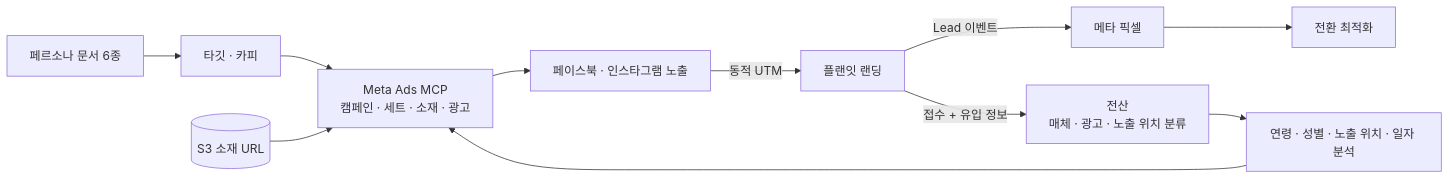
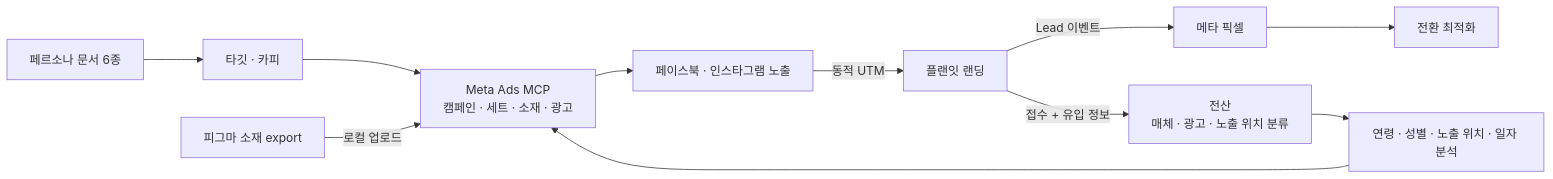
One commit to limHyeonTaek/portfolio changed the diagram in projects/meta-ads.md. Above: the diagram before and after it, drawn with Mermaid. The commit also changed other lines of this file and 4 other files, not shown here.

````diff
--- a/projects/meta-ads.md
+++ b/projects/meta-ads.md
@@ -34,12 +34,12 @@
 ```mermaid
 flowchart LR
   PS[페르소나 문서 6종] --> CP[타깃 · 카피]
   CP --> MCP[Meta Ads MCP<br/>캠페인 · 세트 · 소재 · 광고]
-  S3[(S3 소재 URL)] --> MCP
+  FG[피그마 소재 export] -- 로컬 업로드 --> MCP
   MCP --> AD[페이스북 · 인스타그램 노출]
   AD -- 동적 UTM --> LP[플랜잇 랜딩]
   LP -- Lead 이벤트 --> PX[메타 픽셀] --> OPT[전환 최적화]
   LP -- 접수 + 유입 정보 --> CRM[전산<br/>매체 · 광고 · 노출 위치 분류]
   CRM --> AN[연령 · 성별 · 노출 위치 · 일자 분석]
   AN --> MCP
 ```
````
